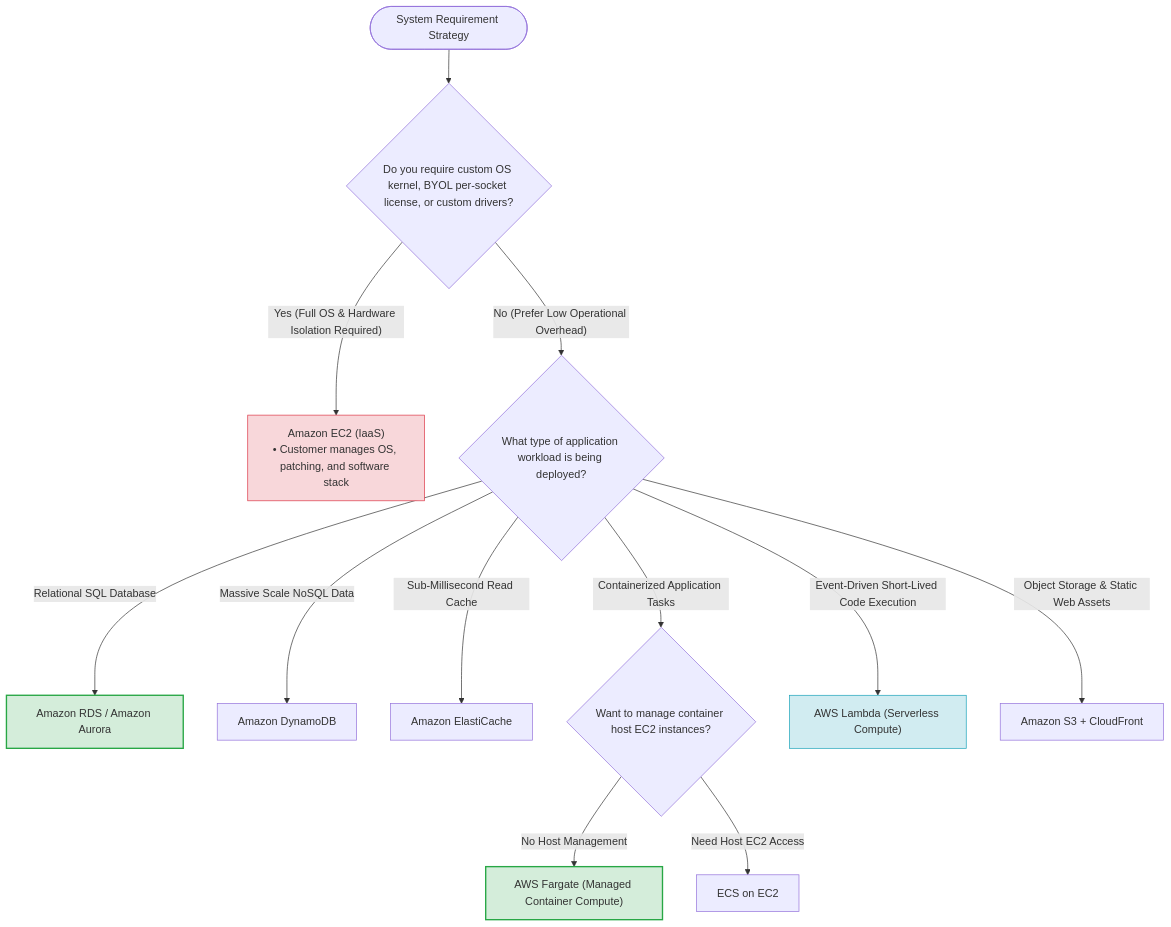
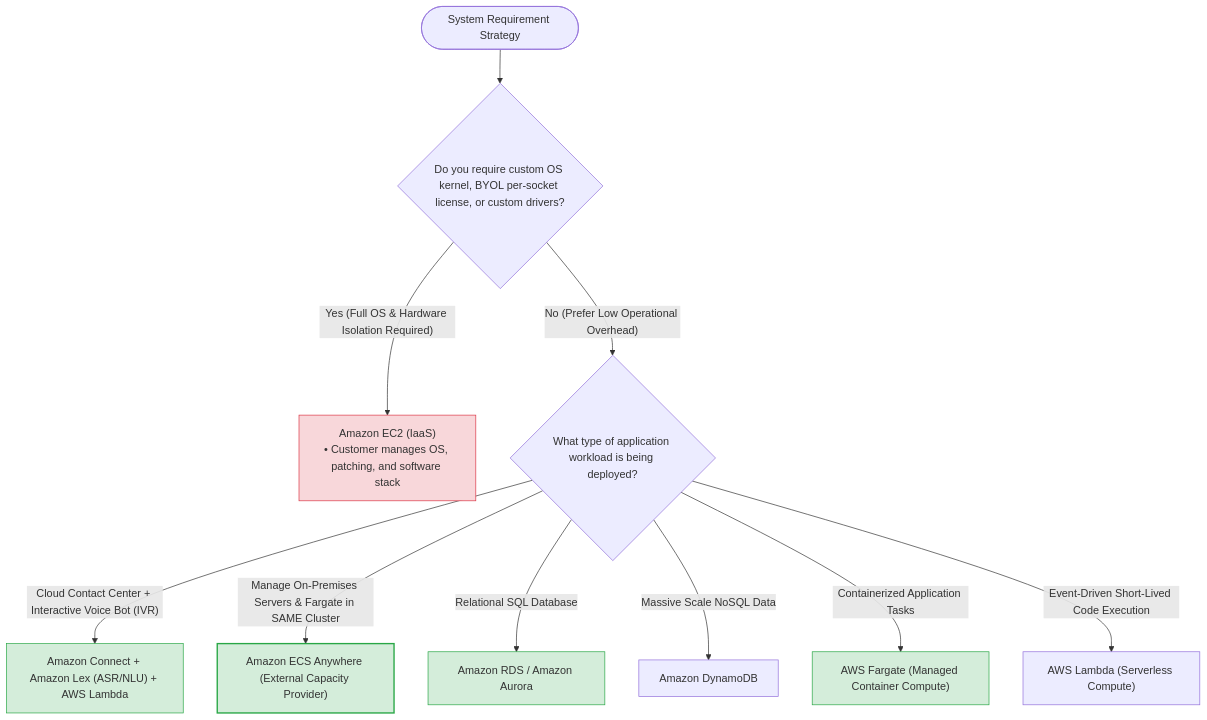
One commit to ReginRavi/AIP-C01 changed the sixth of 6 diagrams in Professional/2.6 AWS managed service offerings.md. Above: the diagram before and after it, drawn with Mermaid. The commit also changed other lines of this file and 20 other files, not shown here.

````diff
--- a/Professional/2.6 AWS managed service offerings.md
+++ b/Professional/2.6 AWS managed service offerings.md
@@ -134,23 +248,23 @@
 ```mermaid
 flowchart TD
     Start(["System Requirement Strategy"]) --> Q1{"Do you require custom OS kernel, BYOL per-socket license, or custom drivers?"}
 
     Q1 -- "Yes (Full OS & Hardware Isolation Required)" --> Ans_EC2["Amazon EC2 (IaaS)<br/>• Customer manages OS, patching, and software stack"]
 
     Q1 -- "No (Prefer Low Operational Overhead)" --> Q2{"What type of application workload is being deployed?"}
 
+    Q2 -- "Cloud Contact Center + Interactive Voice Bot (IVR)" --> Ans_ConnectLex["Amazon Connect + Amazon Lex (ASR/NLU) + AWS Lambda"]
+
+    Q2 -- "Manage On-Premises Servers & Fargate in SAME Cluster" --> Ans_ECSAnywhere["Amazon ECS Anywhere (External Capacity Provider)"]
+
     Q2 -- "Relational SQL Database" --> Ans_RDS["Amazon RDS / Amazon Aurora"]
     Q2 -- "Massive Scale NoSQL Data" --> Ans_DDB["Amazon DynamoDB"]
-    Q2 -- "Sub-Millisecond Read Cache" --> Ans_Cache["Amazon ElastiCache"]
-    Q2 -- "Containerized Application Tasks" --> Q3{"Want to manage container host EC2 instances?"}
-    Q3 -- "No Host Management" --> Ans_Fargate["AWS Fargate (Managed Container Compute)"]
-    Q3 -- "Need Host EC2 Access" --> Ans_ECS_EC2["ECS on EC2"]
+    Q2 -- "Containerized Application Tasks" --> Ans_Fargate["AWS Fargate (Managed Container Compute)"]
+    Q2 -- "Event-Driven Short-Lived Code Execution" --> Ans_Lambda["AWS Lambda (Serverless Compute)"]
 
-    Q2 -- "Event-Driven Short-Lived Code Execution" --> Ans_Lambda["AWS Lambda (Serverless Compute)"]
-    Q2 -- "Object Storage & Static Web Assets" --> Ans_S3["Amazon S3 + CloudFront"]
-
+    style Ans_ECSAnywhere fill:#d4edda,stroke:#28a745,stroke-width:2px
+    style Ans_ConnectLex fill:#d4edda,stroke:#28a745,stroke-width:1px
     style Ans_EC2 fill:#f8d7da,stroke:#dc3545,stroke-width:1px
-    style Ans_RDS fill:#d4edda,stroke:#28a745,stroke-width:2px
-    style Ans_Fargate fill:#d4edda,stroke:#28a745,stroke-width:2px
-    style Ans_Lambda fill:#d1ecf1,stroke:#17a2b8,stroke-width:1px
+    style Ans_RDS fill:#d4edda,stroke:#28a745,stroke-width:1px
+    style Ans_Fargate fill:#d4edda,stroke:#28a745,stroke-width:1px
 ```
````
